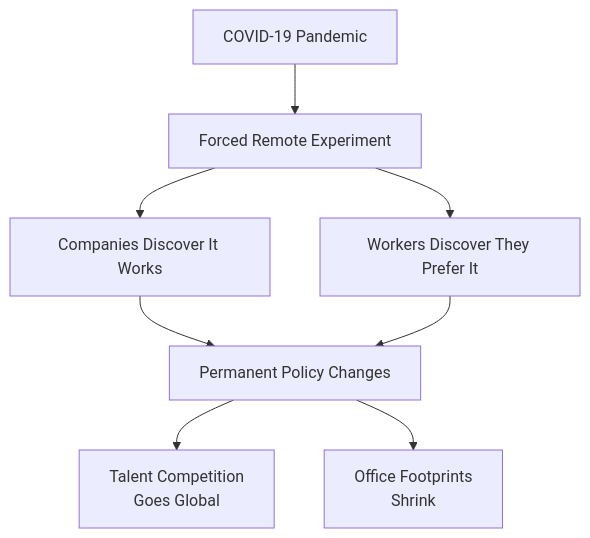
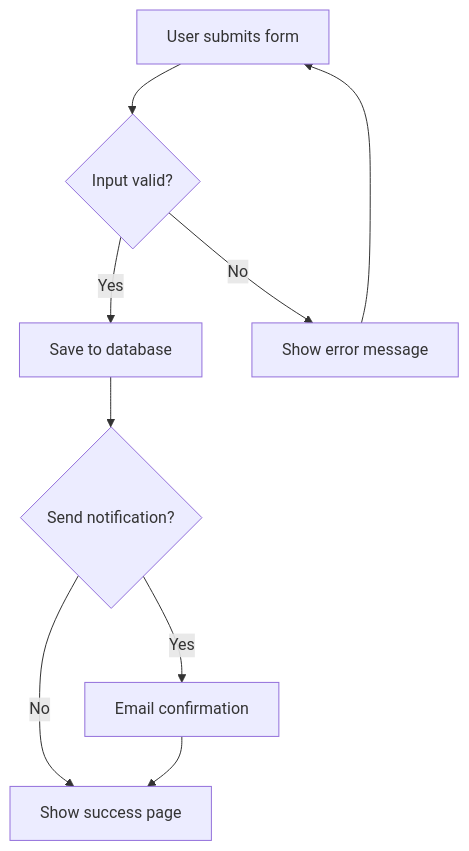
One commit to JavaFXpert/slides changed the first of 10 diagrams in slides.md. Above: the diagram before and after it, drawn with Mermaid. The commit also changed other lines of this file and 1 other file, not shown here.

````diff
--- a/slides.md
+++ b/slides.md
@@ -38,10 +290,11 @@
 ```mermaid
 flowchart TD
-    A[COVID-19 Pandemic] --> B[Forced Remote Experiment]
-    B --> C[Companies Discover It Works]
-    B --> D[Workers Discover They Prefer It]
-    C --> E[Permanent Policy Changes]
-    D --> E
-    E --> F[Talent Competition<br/>Goes Global]
-    E --> G[Office Footprints<br/>Shrink]
+    A[User submits form] --> B{Input valid?}
+    B -->|Yes| C[Save to database]
+    B -->|No| D[Show error message]
+    C --> E{Send notification?}
+    E -->|Yes| F[Email confirmation]
+    E -->|No| G[Show success page]
+    F --> G
+    D --> A
 ```
````
